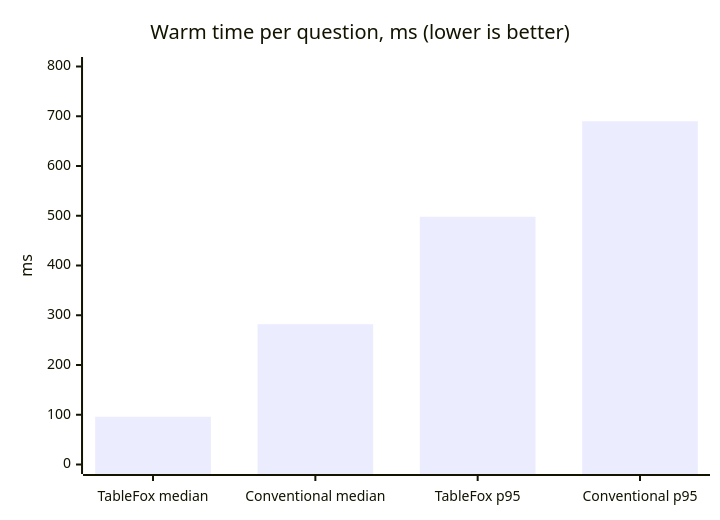
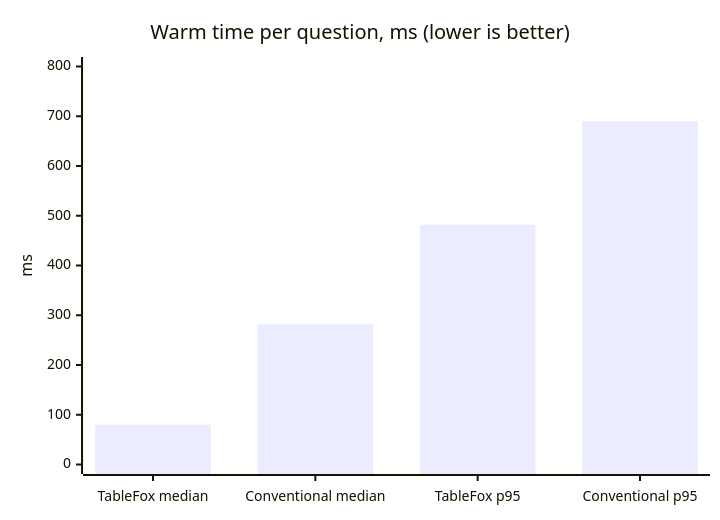
Before and after one commit to Adhrit-Verma/TableFox: the second of 3 diagrams in README.md, drawn with Mermaid. The commit also changed other lines of this file and 8 other files, not shown here.

````diff
--- a/README.md
+++ b/README.md
@@ -86,7 +87,7 @@
 ```mermaid
 xychart-beta
     title "Warm time per question, ms (lower is better)"
     x-axis ["TableFox median", "Conventional median", "TableFox p95", "Conventional p95"]
     y-axis "ms" 0 --> 800
-    bar [96, 282, 498, 690]
+    bar [80, 282, 482, 690]
 ```
````
